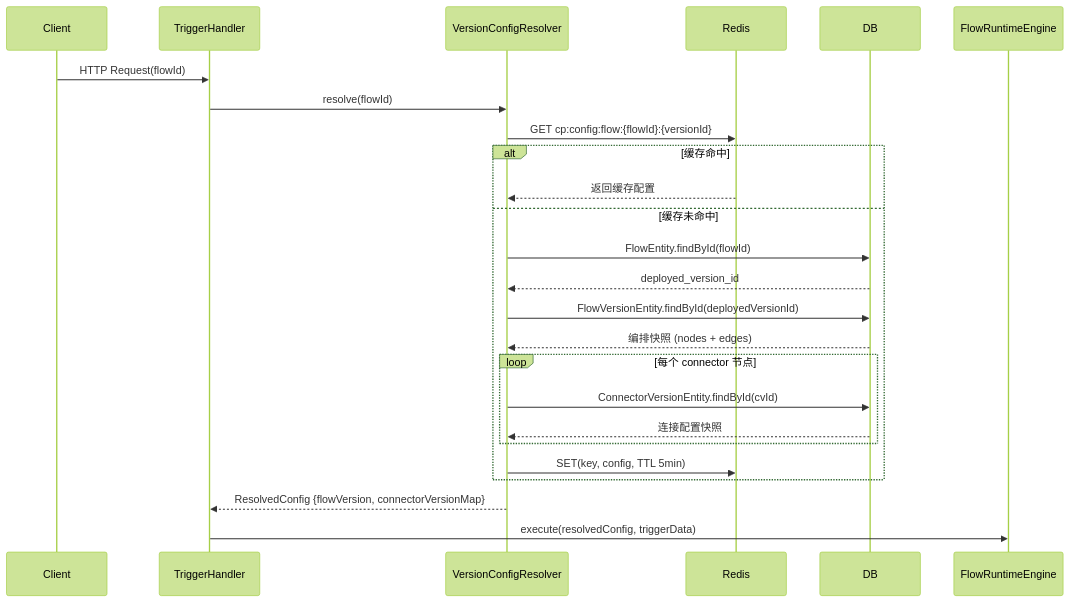
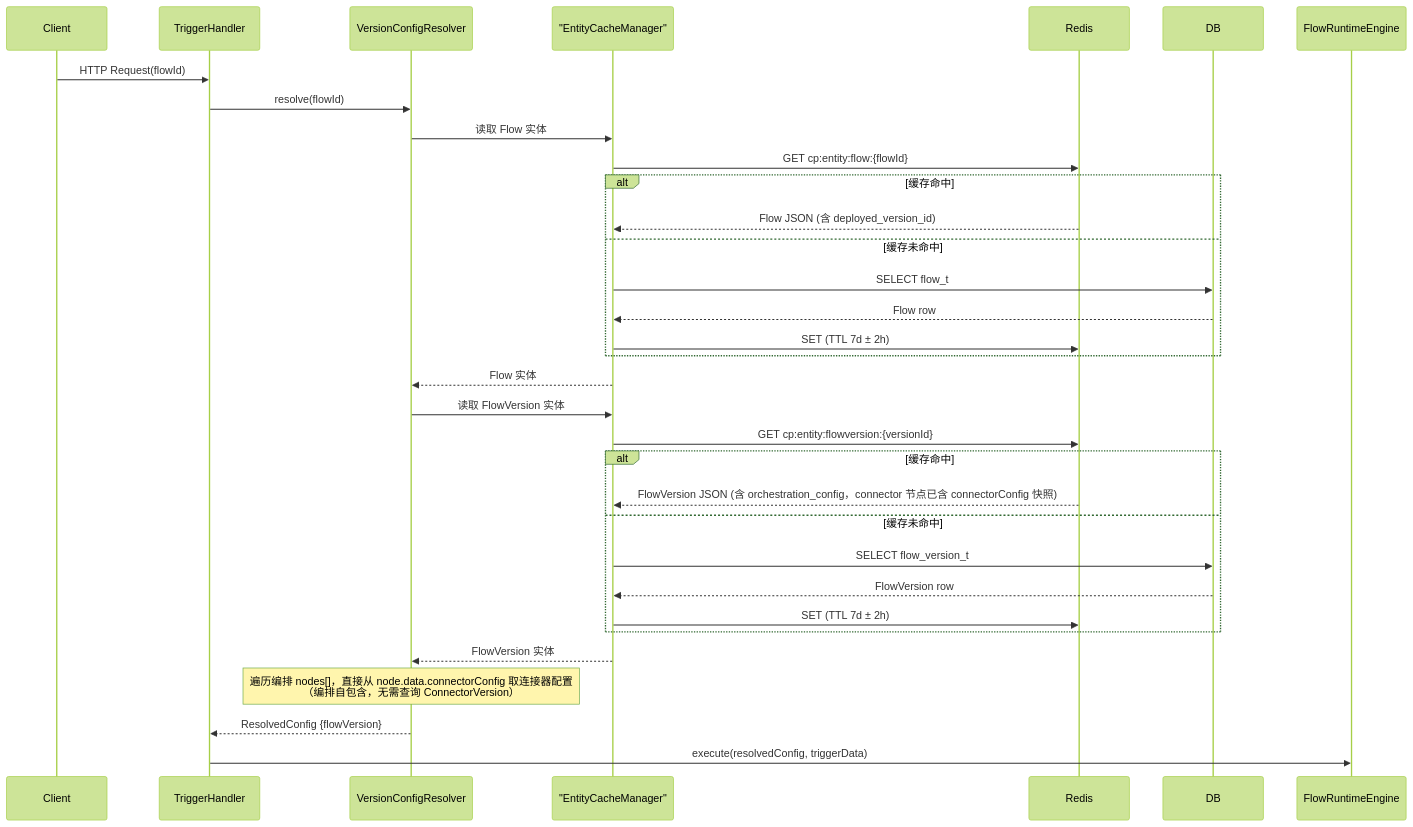
The fifth of 16 diagrams in .sddu/specs-tree-root/specs-tree-connector-platform-v3/plan-runtime.md (THZSummer/open-app), drawn with Mermaid (forest theme) before and after one commit. The commit also changed other lines of this file, not shown here.

Commit message:
fix: plan-runtime §1 VersionConfigResolver 序列图/流程图同步更新
- §1.1 时序图用 EntityCacheManager 代理 Redis/DB，移除 ConnectorVersion 查询循环
- §1.2 错误处理流程图精简，新增 connectorConfig 快照缺失处理
- Phase 2 描述修正

````diff
--- a/.sddu/specs-tree-root/specs-tree-connector-platform-v3/plan-runtime.md
+++ b/.sddu/specs-tree-root/specs-tree-connector-platform-v3/plan-runtime.md
@@ -286,30 +286,40 @@
 ```mermaid
 sequenceDiagram
     participant Client
     participant TriggerHandler
     participant VersionConfigResolver
+    participant EC as "EntityCacheManager"
     participant Redis
     participant DB
     participant FlowRuntimeEngine
 
     Client->>TriggerHandler: HTTP Request(flowId)
     TriggerHandler->>VersionConfigResolver: resolve(flowId)
 
-    VersionConfigResolver->>Redis: GET cp:config:flow:{flowId}:{versionId}
+    VersionConfigResolver->>EC: 读取 Flow 实体
+    EC->>Redis: GET cp:entity:flow:{flowId}
     alt 缓存命中
-        Redis-->>VersionConfigResolver: 返回缓存配置
+        Redis-->>EC: Flow JSON (含 deployed_version_id)
     else 缓存未命中
-        VersionConfigResolver->>DB: FlowEntity.findById(flowId)
-        DB-->>VersionConfigResolver: deployed_version_id
-        VersionConfigResolver->>DB: FlowVersionEntity.findById(deployedVersionId)
-        DB-->>VersionConfigResolver: 编排快照 (nodes + edges)
-        loop 每个 connector 节点
-            VersionConfigResolver->>DB: ConnectorVersionEntity.findById(cvId)
-            DB-->>VersionConfigResolver: 连接配置快照
-        end
-        VersionConfigResolver->>Redis: SET(key, config, TTL 5min)
+        EC->>DB: SELECT flow_t
+        DB-->>EC: Flow row
+        EC->>Redis: SET (TTL 7d ± 2h)
     end
+    EC-->>VersionConfigResolver: Flow 实体
 
-    VersionConfigResolver-->>TriggerHandler: ResolvedConfig {flowVersion, connectorVersionMap}
+    VersionConfigResolver->>EC: 读取 FlowVersion 实体
+    EC->>Redis: GET cp:entity:flowversion:{versionId}
+    alt 缓存命中
+        Redis-->>EC: FlowVersion JSON (含 orchestration_config，connector 节点已含 connectorConfig 快照)
+    else 缓存未命中
+        EC->>DB: SELECT flow_version_t
+        DB-->>EC: FlowVersion row
+        EC->>Redis: SET (TTL 7d ± 2h)
+    end
+    EC-->>VersionConfigResolver: FlowVersion 实体
+
+    Note over VersionConfigResolver: 遍历编排 nodes[]，直接从 node.data.connectorConfig 取连接器配置<br/>（编排自包含，无需查询 ConnectorVersion）
+
+    VersionConfigResolver-->>TriggerHandler: ResolvedConfig {flowVersion}
     TriggerHandler->>FlowRuntimeEngine: execute(resolvedConfig, triggerData)
 ```
````
